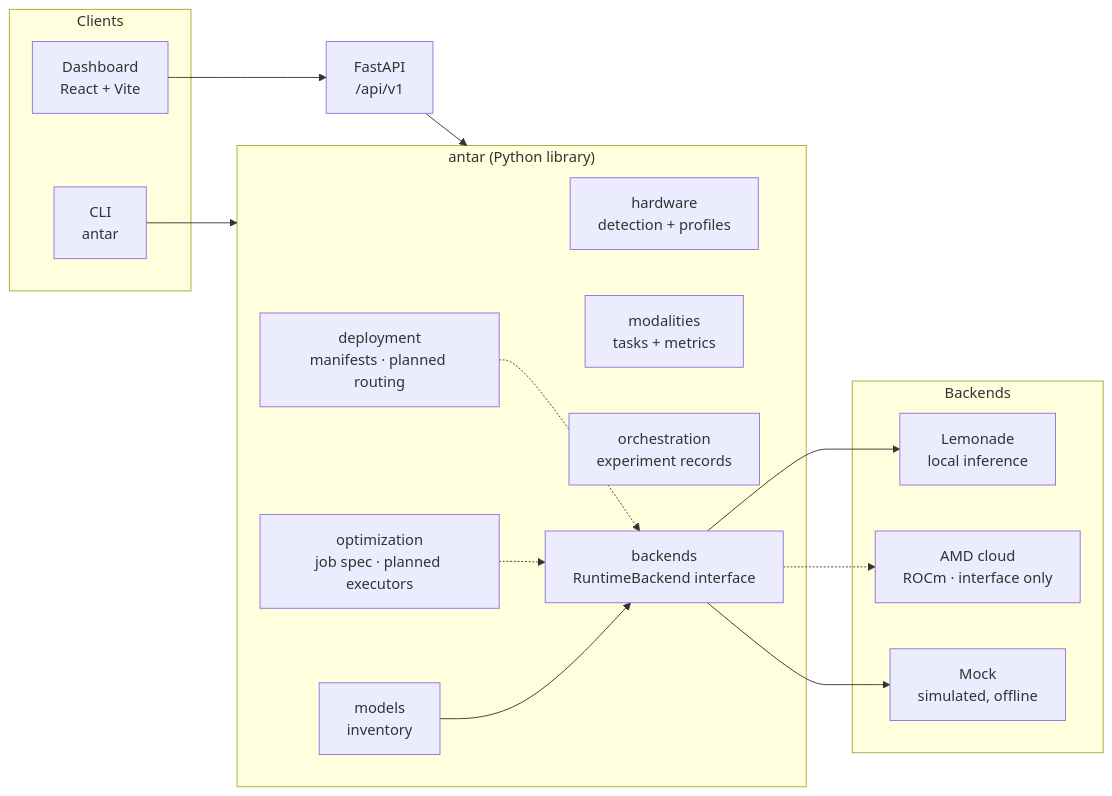
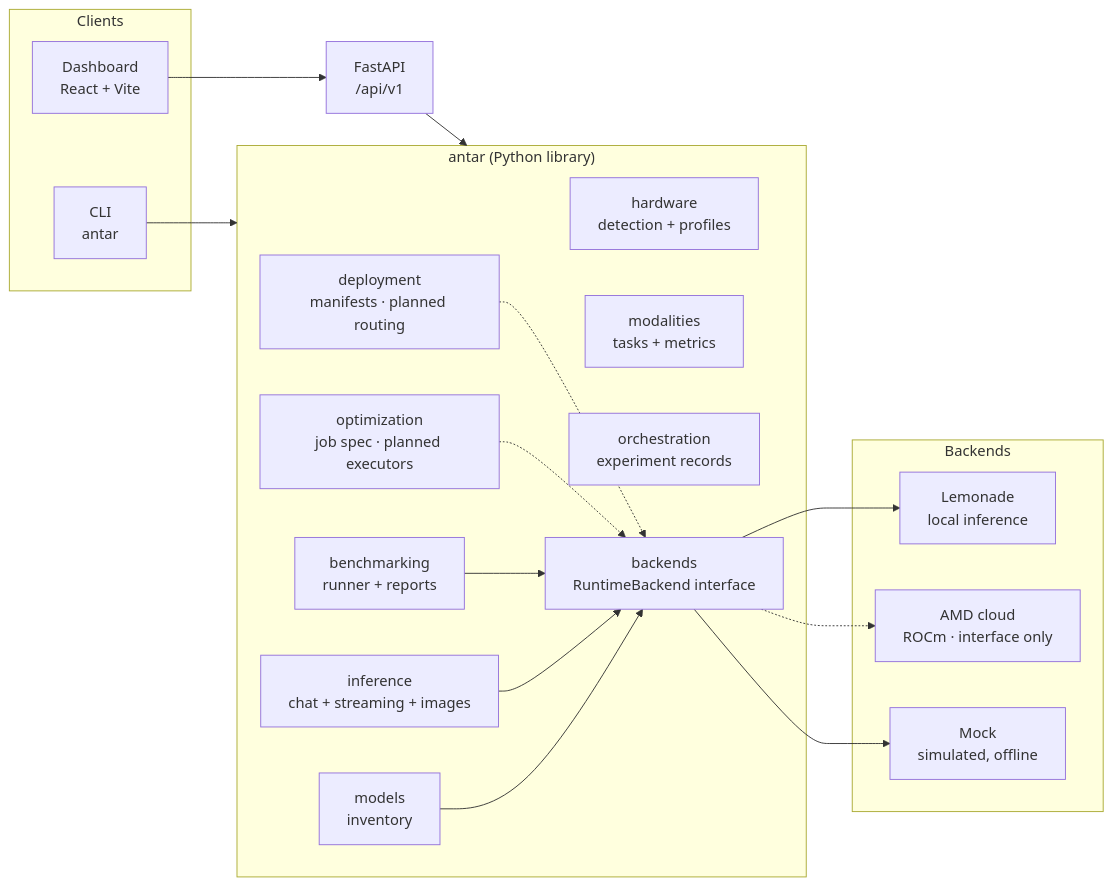
One commit to ashutoshjoshi1/Antar changed the diagram in README.md. Above: the diagram before and after it, drawn with Mermaid. The commit also changed other lines of this file and 84 other files, not shown here.

````diff
--- a/README.md
+++ b/README.md
@@ -37,35 +38,39 @@
 ```mermaid
 flowchart LR
     subgraph Clients
         WEB["Dashboard<br/>React + Vite"]
         CLI["CLI<br/>antar"]
     end
 
     API["FastAPI<br/>/api/v1"]
 
     subgraph Core["antar (Python library)"]
         HW["hardware<br/>detection + profiles"]
         INV["models<br/>inventory"]
+        INF["inference<br/>chat + streaming + images"]
+        BEN["benchmarking<br/>runner + reports"]
         CAT["modalities<br/>tasks + metrics"]
         OPT["optimization<br/>job spec · planned executors"]
         EXP["orchestration<br/>experiment records"]
         DEP["deployment<br/>manifests · planned routing"]
         REG["backends<br/>RuntimeBackend interface"]
     end
 
     subgraph Backends
         LEM["Lemonade<br/>local inference"]
         AMD["AMD cloud<br/>ROCm · interface only"]
         MOCK["Mock<br/>simulated, offline"]
     end
 
     WEB --> API
     CLI --> Core
     API --> Core
     INV --> REG
+    INF --> REG
+    BEN --> REG
     OPT -.-> REG
     DEP -.-> REG
     REG --> LEM
     REG -.-> AMD
     REG --> MOCK
 ```
````
